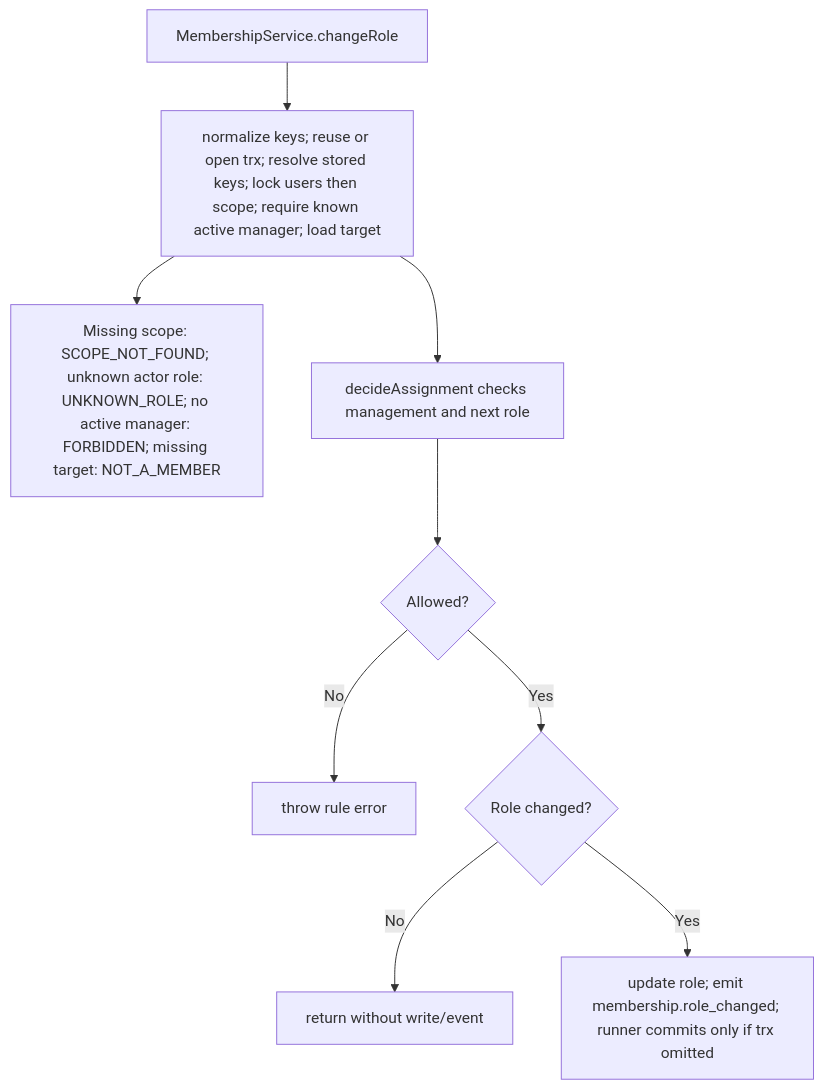
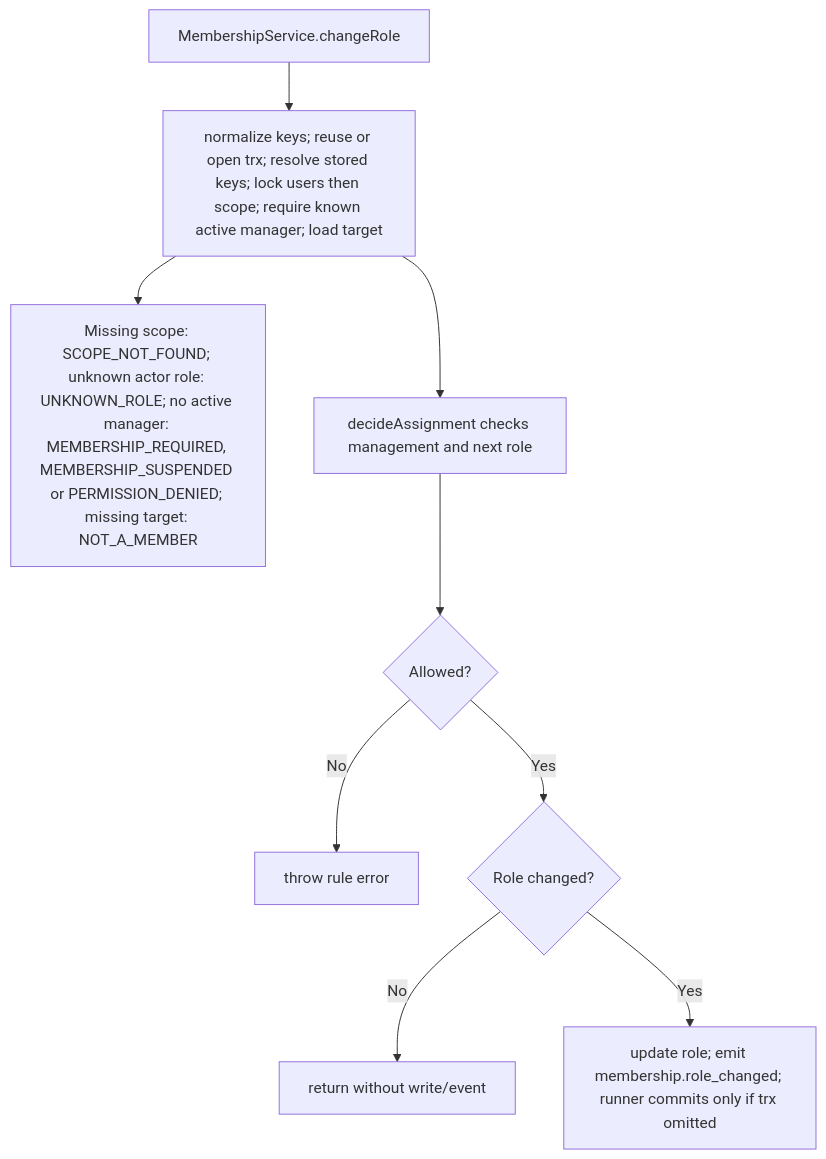
One commit to Kevinjohn/oss-adonisjs-access-control changed the second of 2 diagrams in user-stories/US-ACCESS-04-change-member-role.md. Above: the diagram before and after it, drawn with Mermaid. The commit also changed 42 other files, not shown here.

````diff
--- a/user-stories/US-ACCESS-04-change-member-role.md
+++ b/user-stories/US-ACCESS-04-change-member-role.md
@@ -39,11 +39,11 @@
 ```mermaid
 flowchart TD
     A["MembershipService.changeRole"] --> B["normalize keys; reuse or open trx; resolve stored keys; lock users then scope; require known active manager; load target"]
-    B --> X["Missing scope: SCOPE_NOT_FOUND; unknown actor role: UNKNOWN_ROLE; no active manager: FORBIDDEN; missing target: NOT_A_MEMBER"]
+    B --> X["Missing scope: SCOPE_NOT_FOUND; unknown actor role: UNKNOWN_ROLE; no active manager: MEMBERSHIP_REQUIRED, MEMBERSHIP_SUSPENDED or PERMISSION_DENIED; missing target: NOT_A_MEMBER"]
     B --> C["decideAssignment checks management and next role"]
     C --> D{"Allowed?"}
     D -->|No| E["throw rule error"]
     D -->|Yes| F{"Role changed?"}
     F -->|No| G["return without write/event"]
     F -->|Yes| H["update role; emit membership.role_changed; runner commits only if trx omitted"]
 ```
````
